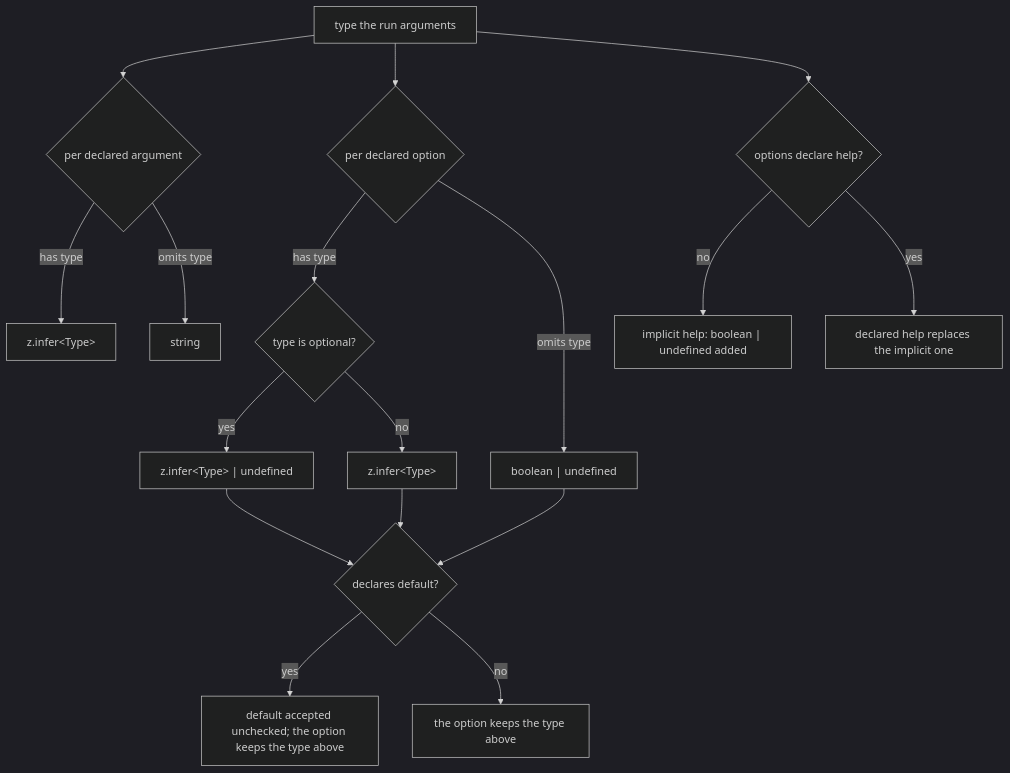
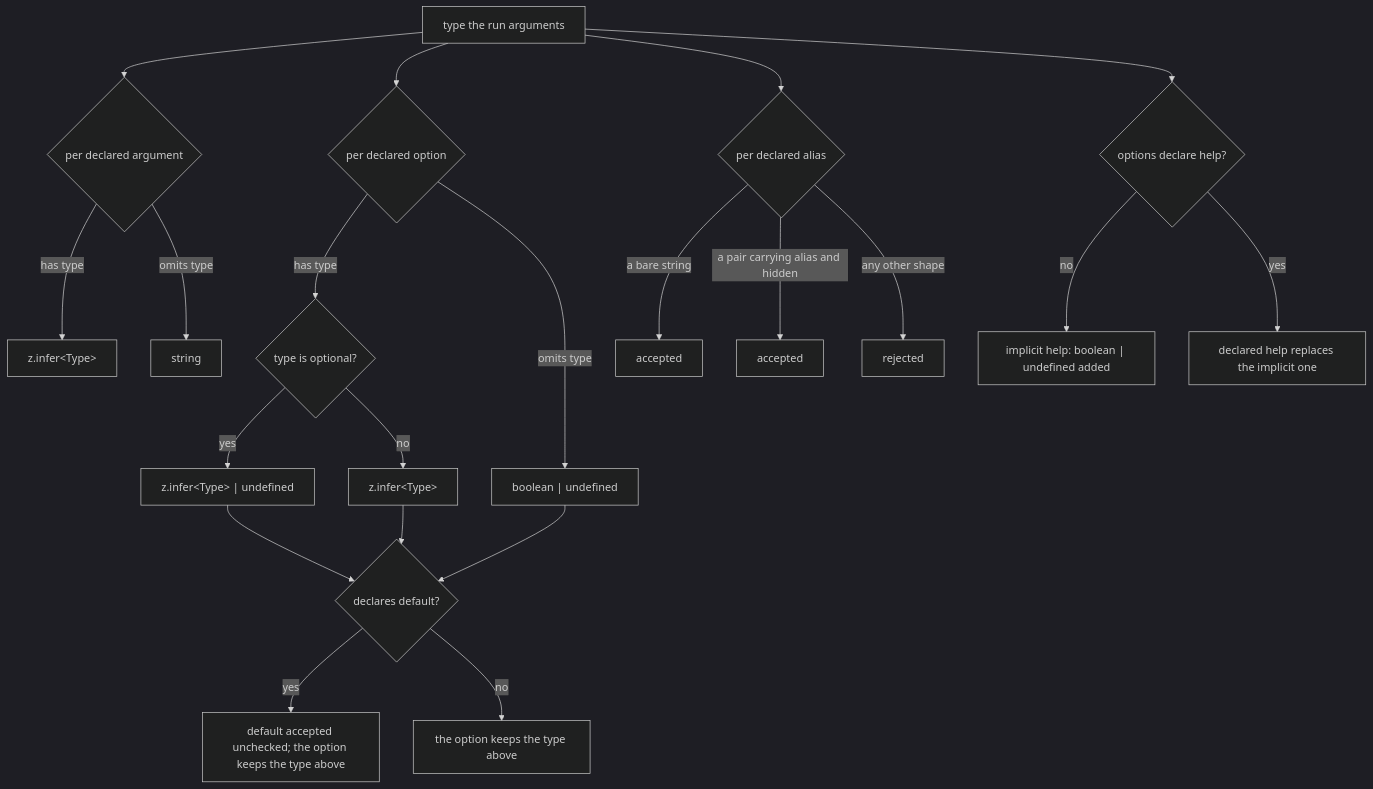
One commit to clibuilder/clibuilder changed the second of 3 diagrams in packages/clibuilder/.agents/spec/command-definition/README.md. Above: the diagram before and after it, drawn with Mermaid (dark theme). The commit also changed other lines of this file and 2 other files, not shown here.

First line of the commit message:
docs(clibuilder): give the alias union its reject arm, and evidence testing's zero

````diff
--- a/packages/clibuilder/.agents/spec/command-definition/README.md
+++ b/packages/clibuilder/.agents/spec/command-definition/README.md
@@ -172,19 +173,23 @@
 ```mermaid
 graph TD
   ARGS[type the run arguments] --> A{per declared argument}
   A -- has type --> A1["z.infer&lt;Type&gt;"]
   A -- omits type --> A2[string]
   ARGS --> O{per declared option}
   O -- has type --> O1{"type is optional?"}
   O1 -- yes --> O1a["z.infer&lt;Type&gt; | undefined"]
   O1 -- no --> O1b["z.infer&lt;Type&gt;"]
   O -- omits type --> O2["boolean | undefined"]
   O1a --> DF{declares default?}
   O1b --> DF
   O2 --> DF
   DF -- yes --> DF1["default accepted unchecked; the option keeps the type above"]
   DF -- no --> DF2["the option keeps the type above"]
+  ARGS --> ALI{per declared alias}
+  ALI -- "a bare string" --> ALS[accepted]
+  ALI -- "a pair carrying alias and hidden" --> ALP[accepted]
+  ALI -- "any other shape" --> ALX[rejected]
   ARGS --> H{options declare help?}
   H -- no --> H1["implicit help: boolean | undefined added"]
   H -- yes --> H2[declared help replaces the implicit one]
 ```
````
